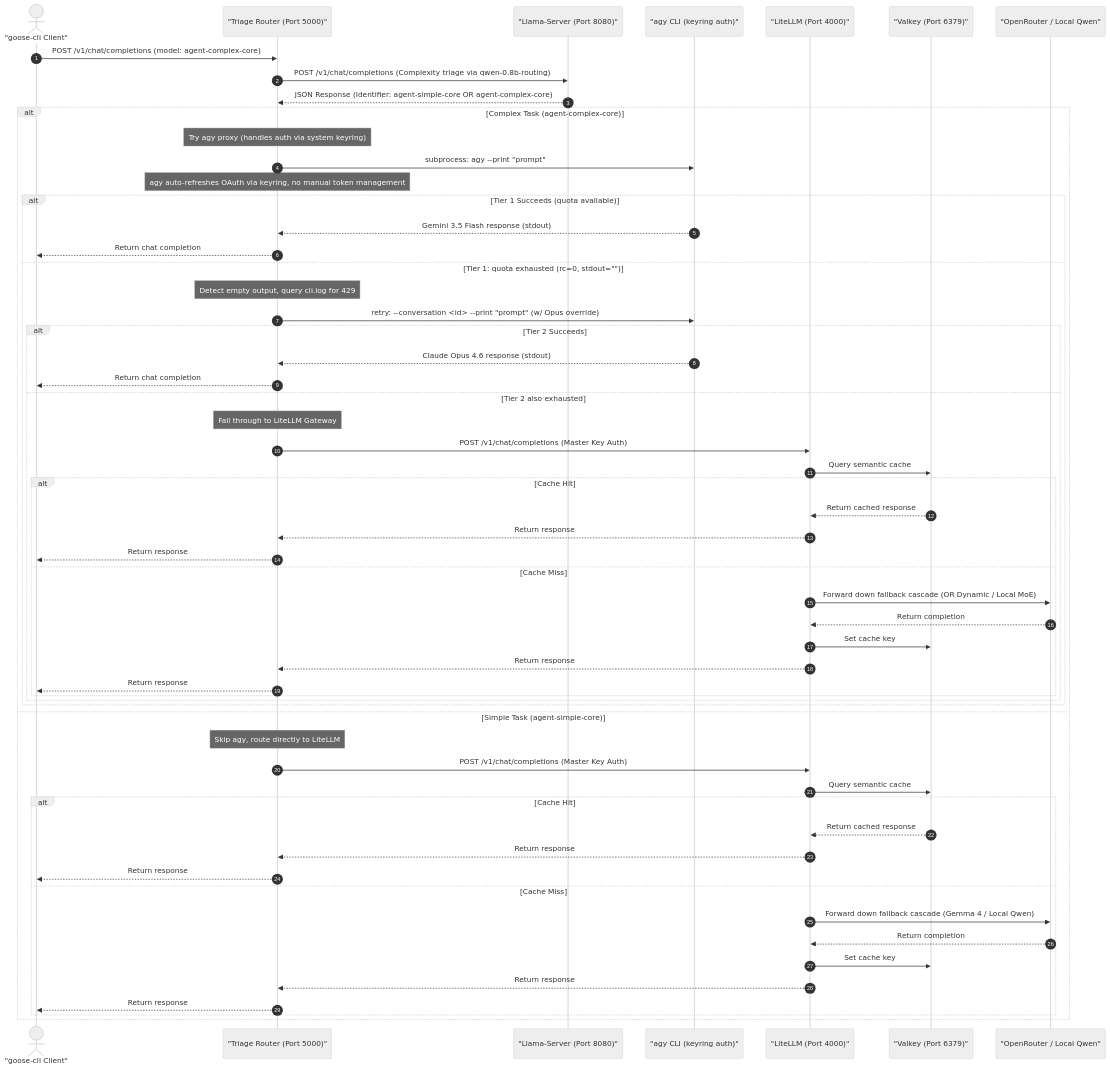
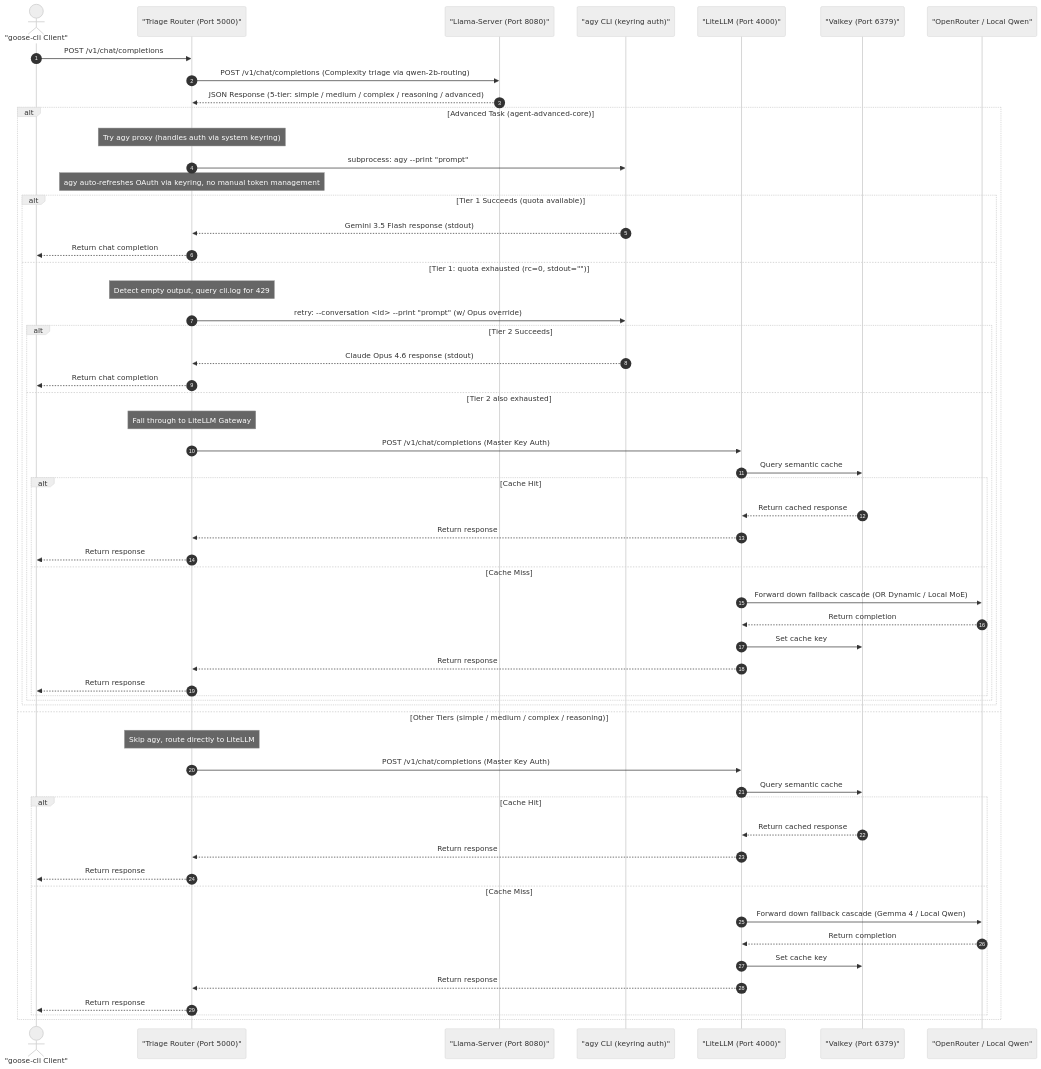
The second of 2 diagrams in README.md (sheepdestroyer/LLM-Routing), drawn with Mermaid (neutral theme) before and after one commit. The commit also changed other lines of this file and 1 other file, not shown here.

Commit message:
docs: update README + config.yaml — agy now triggers on agent-advanced-core, 5-tier classifier, qwen-2b-routing, port 3001

````diff
--- a/README.md
+++ b/README.md
@@ -92,63 +92,63 @@
 ```mermaid
 sequenceDiagram
     autonumber
     actor Client as "goose-cli Client"
     participant Router as "Triage Router (Port 5000)"
     participant Llama as "Llama-Server (Port 8080)"
     participant Agy as "agy CLI (keyring auth)"
     participant Proxy as "LiteLLM (Port 4000)"
     participant Cache as "Valkey (Port 6379)"
     participant Provider as "OpenRouter / Local Qwen"
 
-    Client->>Router: POST /v1/chat/completions (model: agent-complex-core)
-    Router->>Llama: POST /v1/chat/completions (Complexity triage via qwen-0.8b-routing)
-    Llama-->>Router: JSON Response (Identifier: agent-simple-core OR agent-complex-core)
+    Client->>Router: POST /v1/chat/completions
+    Router->>Llama: POST /v1/chat/completions (Complexity triage via qwen-2b-routing)
+    Llama-->>Router: JSON Response (5-tier: simple / medium / complex / reasoning / advanced)
     
-    alt Complex Task (agent-complex-core)
+    alt Advanced Task (agent-advanced-core)
         Note over Router: Try agy proxy (handles auth via system keyring)
         Router->>Agy: subprocess: agy --print "prompt"
         Note over Router: agy auto-refreshes OAuth via keyring, no manual token management
         
         alt Tier 1 Succeeds (quota available)
             Agy-->>Router: Gemini 3.5 Flash response (stdout)
             Router-->>Client: Return chat completion
         else Tier 1: quota exhausted (rc=0, stdout="")
             Note over Router: Detect empty output, query cli.log for 429
             Router->>Agy: retry: --conversation <id> --print "prompt" (w/ Opus override)
             alt Tier 2 Succeeds
                 Agy-->>Router: Claude Opus 4.6 response (stdout)
                 Router-->>Client: Return chat completion
             else Tier 2 also exhausted
                 Note over Router: Fall through to LiteLLM Gateway
                 Router->>Proxy: POST /v1/chat/completions (Master Key Auth)
                 Proxy->>Cache: Query semantic cache
                 alt Cache Hit
                     Cache-->>Proxy: Return cached response
                     Proxy-->>Router: Return response
                     Router-->>Client: Return response
                 else Cache Miss
                     Proxy->>Provider: Forward down fallback cascade (OR Dynamic / Local MoE)
                     Provider-->>Proxy: Return completion
                     Proxy->>Cache: Set cache key
                     Proxy-->>Router: Return response
                     Router-->>Client: Return response
                 end
             end
         end
-    else Simple Task (agent-simple-core)
+    else Other Tiers (simple / medium / complex / reasoning)
         Note over Router: Skip agy, route directly to LiteLLM
         Router->>Proxy: POST /v1/chat/completions (Master Key Auth)
         Proxy->>Cache: Query semantic cache
         alt Cache Hit
             Cache-->>Proxy: Return cached response
             Proxy-->>Router: Return response
             Router-->>Client: Return response
         else Cache Miss
             Proxy->>Provider: Forward down fallback cascade (Gemma 4 / Local Qwen)
             Provider-->>Proxy: Return completion
             Proxy->>Cache: Set cache key
             Proxy-->>Router: Return response
             Router-->>Client: Return response
         end
     end
 ```
````
